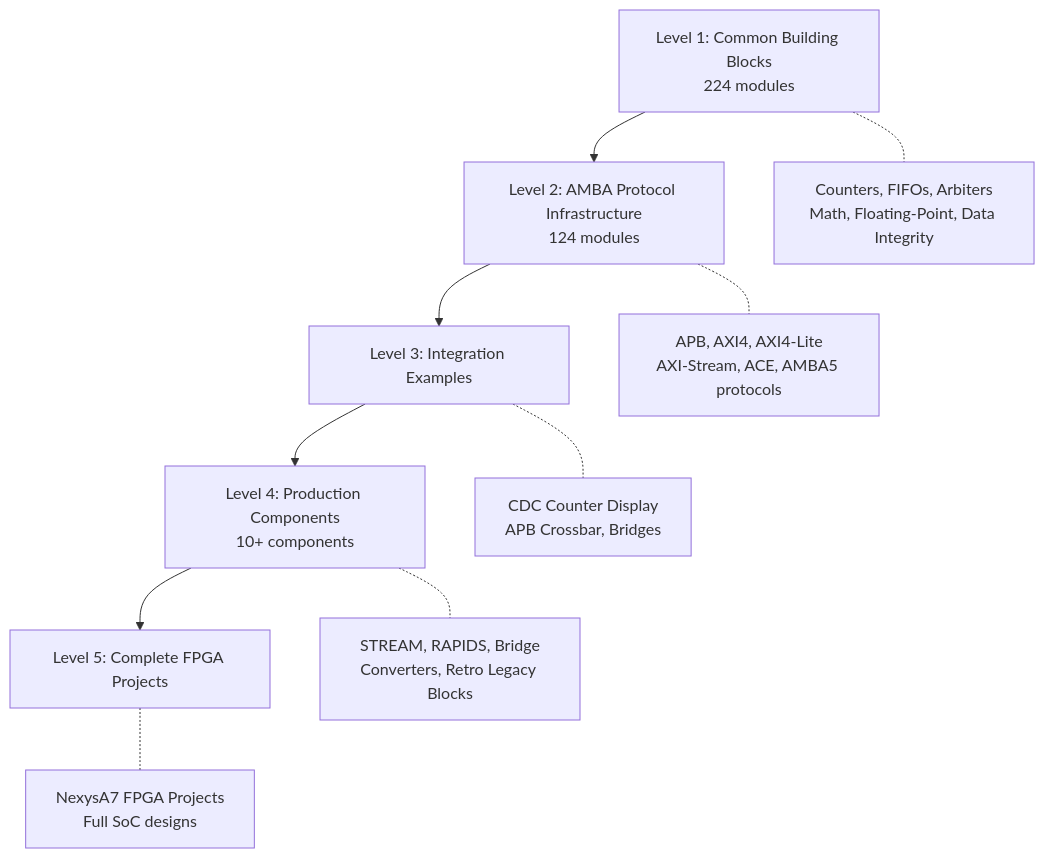
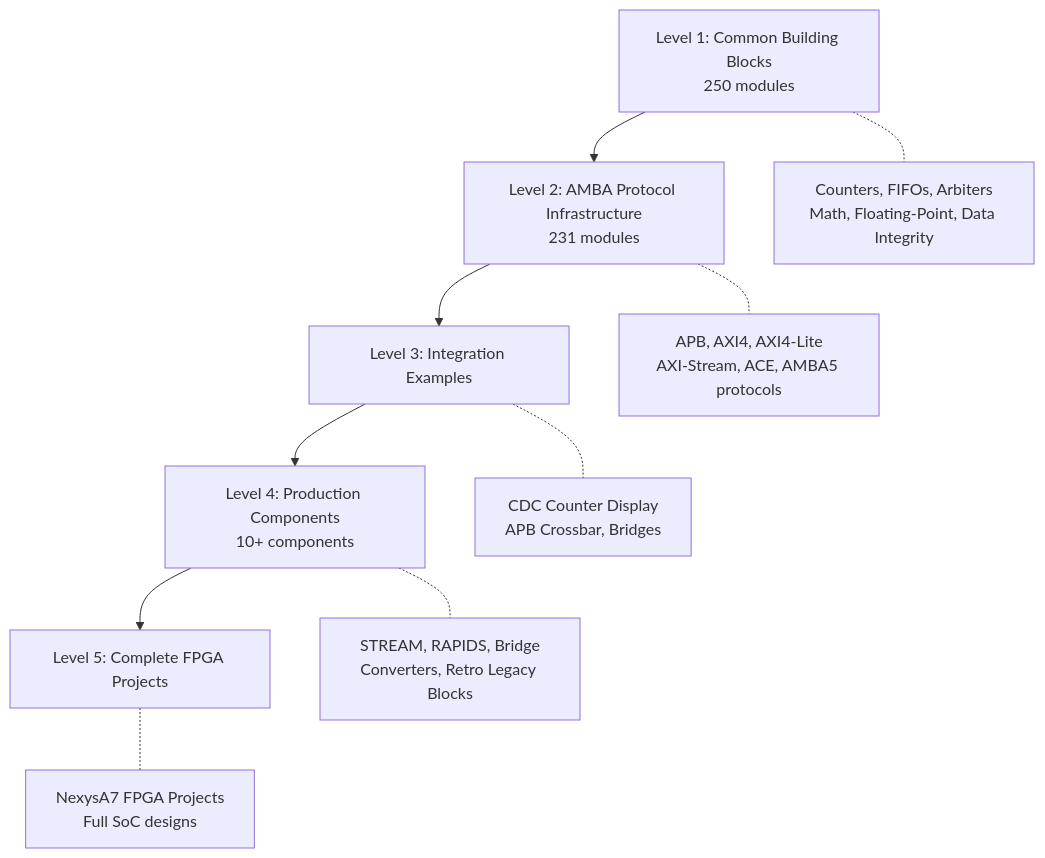
Before and after one commit to sean-galloway/RTLDesignSherpa: the diagram in docs/markdown/overview.md, drawn with Mermaid. The commit also changed other lines of this file and 87 other files, not shown here.

````diff
--- a/docs/markdown/overview.md
+++ b/docs/markdown/overview.md
@@ -66,13 +66,13 @@
 ```mermaid
 graph TD
-    L1[Level 1: Common Building Blocks<br/>224 modules] --> L2[Level 2: AMBA Protocol Infrastructure<br/>124 modules]
+    L1[Level 1: Common Building Blocks<br/>250 modules] --> L2[Level 2: AMBA Protocol Infrastructure<br/>231 modules]
     L2 --> L3[Level 3: Integration Examples]
     L3 --> L4[Level 4: Production Components<br/>10+ components]
     L4 --> L5[Level 5: Complete FPGA Projects]
 
     L1 -.- L1D[Counters, FIFOs, Arbiters<br/>Math, Floating-Point, Data Integrity]
     L2 -.- L2D[APB, AXI4, AXI4-Lite<br/>AXI-Stream, ACE, AMBA5 protocols]
     L3 -.- L3D[CDC Counter Display<br/>APB Crossbar, Bridges]
     L4 -.- L4D[STREAM, RAPIDS, Bridge<br/>Converters, Retro Legacy Blocks]
     L5 -.- L5D[NexysA7 FPGA Projects<br/>Full SoC designs]
 ```
````
